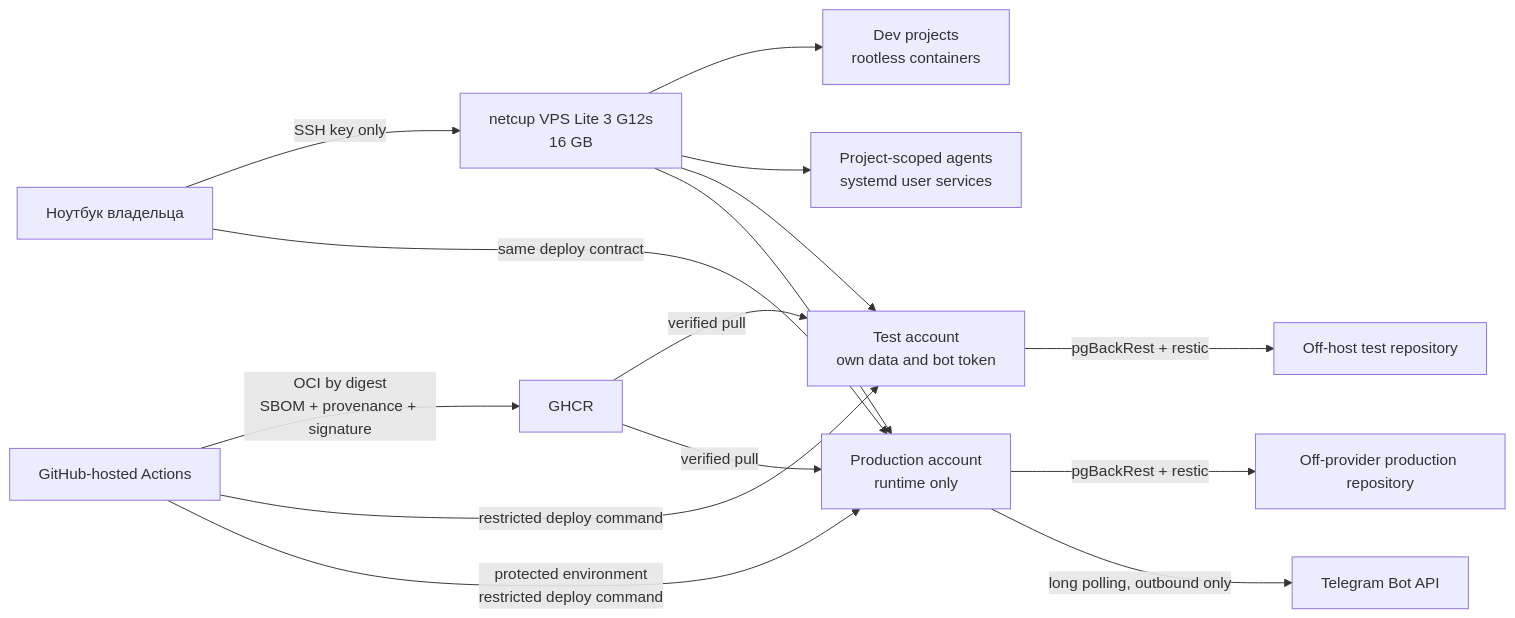
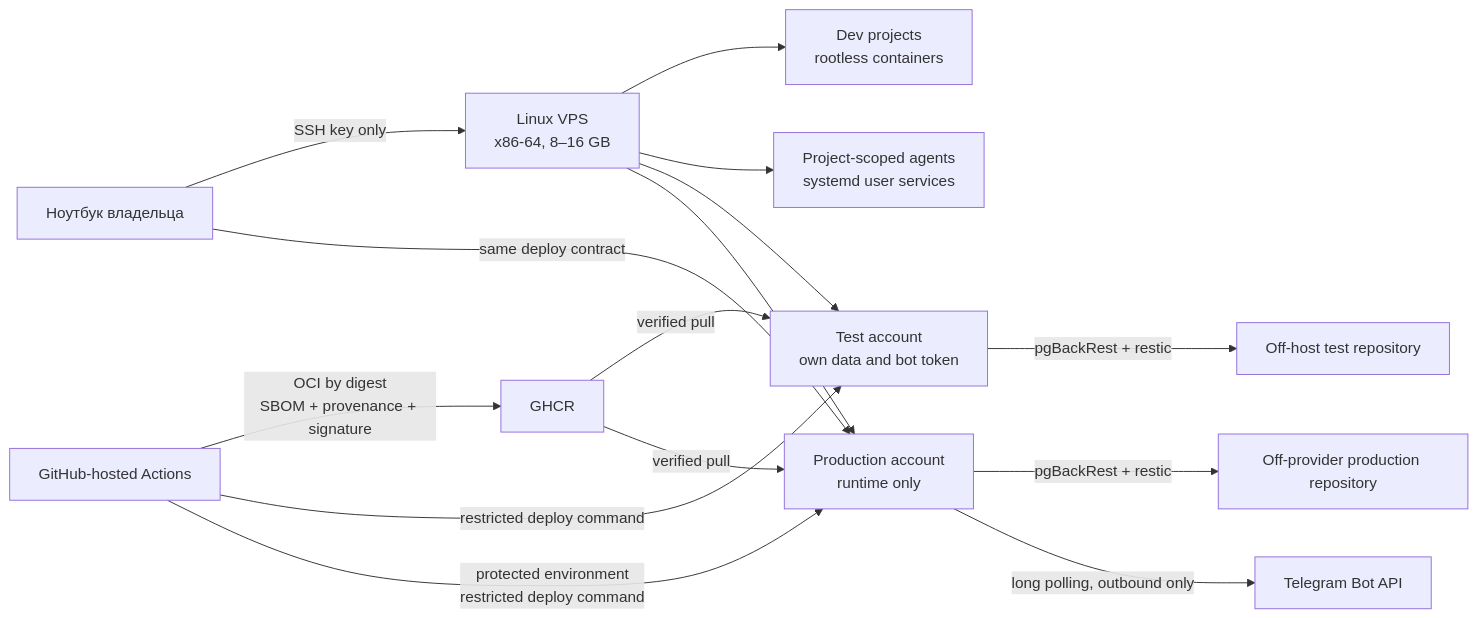
One commit to Solguficky/solguficky-hub changed the diagram in docs/rfcs/RFC-007-remote-development-and-self-hosting-platform.md. Above: the diagram before and after it, drawn with Mermaid. The commit also changed other lines of this file and 6 other files, not shown here.

````diff
--- a/docs/rfcs/RFC-007-remote-development-and-self-hosting-platform.md
+++ b/docs/rfcs/RFC-007-remote-development-and-self-hosting-platform.md
@@ -155,19 +156,19 @@
 ```mermaid
 flowchart LR
-    Laptop[Ноутбук владельца] -->|SSH key only| Host[netcup VPS Lite 3 G12s<br/>16 GB]
+    Laptop[Ноутбук владельца] -->|SSH key only| Host[Linux VPS<br/>x86-64, 8–16 GB]
     Host --> Dev[Dev projects<br/>rootless containers]
     Host --> Agents[Project-scoped agents<br/>systemd user services]
     Host --> Test[Test account<br/>own data and bot token]
     Host --> Prod[Production account<br/>runtime only]
 
     CI[GitHub-hosted Actions] -->|OCI by digest<br/>SBOM + provenance + signature| Registry[GHCR]
     Registry -->|verified pull| Test
     Registry -->|verified pull| Prod
     CI -->|restricted deploy command| Test
     CI -->|protected environment<br/>restricted deploy command| Prod
     Laptop -->|same deploy contract| Prod
 
     Test -->|pgBackRest + restic| TestBackup[Off-host test repository]
     Prod -->|pgBackRest + restic| ProdBackup[Off-provider production repository]
     Prod -->|long polling, outbound only| Telegram[Telegram Bot API]
 ```
````
